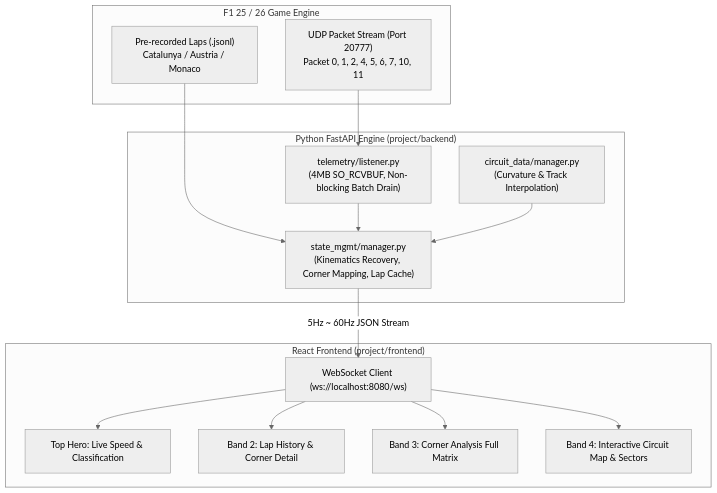
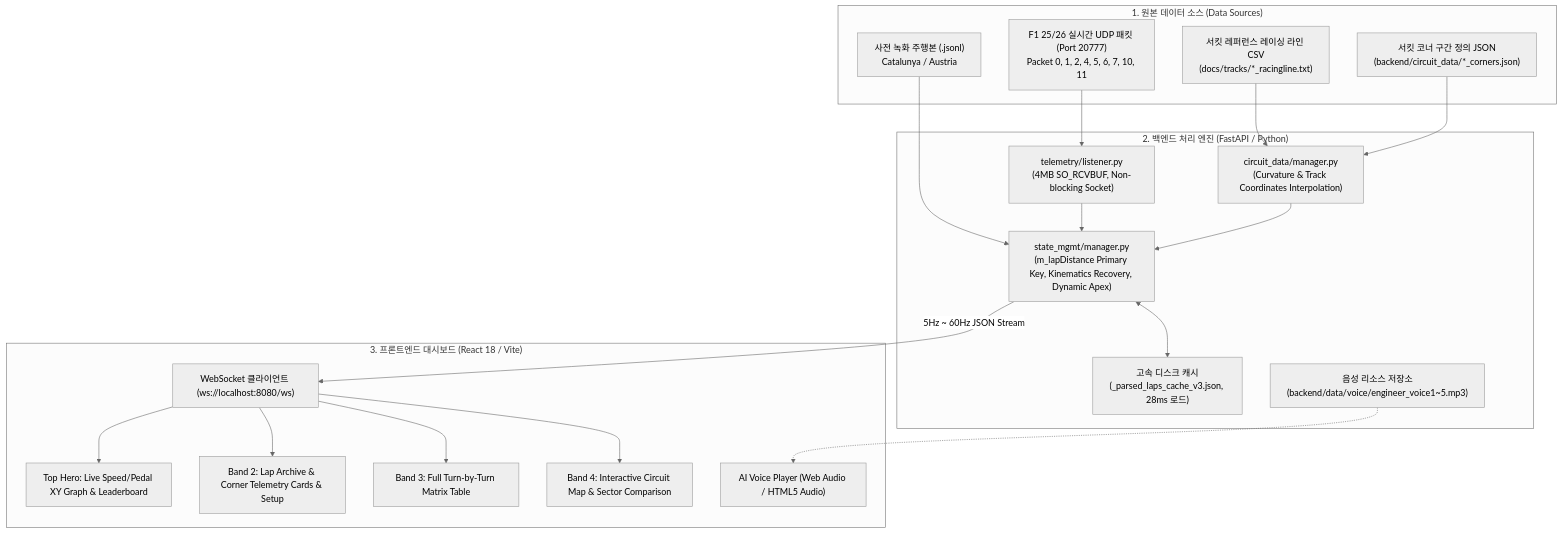
Before and after one commit to hope77-githhub/F125_Personal_RaceEngineer: the diagram in project/README.md, drawn with Mermaid (neutral theme). The commit also changed other lines of this file and 312 other files, not shown here.

````diff
--- a/project/README.md
+++ b/project/README.md
@@ -63,31 +62,40 @@
 ```mermaid
 flowchart TD
-    subgraph GameSource["F1 25 / 26 Game Engine"]
-        UDP["UDP Packet Stream (Port 20777)<br/>Packet 0, 1, 2, 4, 5, 6, 7, 10, 11"]
-        REC["Pre-recorded Laps (.jsonl)<br/>Catalunya / Austria / Monaco"]
+    subgraph DataSources["1. 원본 데이터 소스 (Data Sources)"]
+        UDP["F1 25/26 실시간 UDP 패킷 (Port 20777)<br/>Packet 0, 1, 2, 4, 5, 6, 7, 10, 11"]
+        REC["사전 녹화 주행본 (.jsonl)<br/>Catalunya / Austria"]
+        TRK["서킷 레퍼런스 레이싱 라인 CSV<br/>(docs/tracks/*_racingline.txt)"]
+        CNR["서킷 코너 구간 정의 JSON<br/>(backend/circuit_data/*_corners.json)"]
     end
 
-    subgraph Backend["Python FastAPI Engine (project/backend)"]
-        LS["telemetry/listener.py<br/>(4MB SO_RCVBUF, Non-blocking Batch Drain)"]
-        CD["circuit_data/manager.py<br/>(Curvature & Track Interpolation)"]
-        SM["state_mgmt/manager.py<br/>(Kinematics Recovery, Corner Mapping, Lap Cache)"]
+    subgraph Backend["2. 백엔드 처리 엔진 (FastAPI / Python)"]
+        LS["telemetry/listener.py<br/>(4MB SO_RCVBUF, Non-blocking Socket)"]
+        CD["circuit_data/manager.py<br/>(Curvature & Track Coordinates Interpolation)"]
+        SM["state_mgmt/manager.py<br/>(m_lapDistance Primary Key, Kinematics Recovery, Dynamic Apex)"]
+        CACHE["고속 디스크 캐시<br/>(_parsed_laps_cache_v3.json, 28ms 로드)"]
+        VOICE_DIR["음성 리소스 저장소<br/>(backend/data/voice/engineer_voice1~5.mp3)"]
     end
 
-    subgraph Frontend["React Frontend (project/frontend)"]
-        WS["WebSocket Client (ws://localhost:8080/ws)"]
-        UI1["Top Hero: Live Speed & Classification"]
-        UI2["Band 2: Lap History & Corner Detail"]
-        UI3["Band 3: Corner Analysis Full Matrix"]
-        UI4["Band 4: Interactive Circuit Map & Sectors"]
+    subgraph Frontend["3. 프론트엔드 대시보드 (React 18 / Vite)"]
+        WS["WebSocket 클라이언트 (ws://localhost:8080/ws)"]
+        UI1["Top Hero: Live Speed/Pedal XY Graph & Leaderboard"]
+        UI2["Band 2: Lap Archive & Corner Telemetry Cards & Setup"]
+        UI3["Band 3: Full Turn-by-Turn Matrix Table"]
+        UI4["Band 4: Interactive Circuit Map & Sector Comparison"]
+        AUDIO["AI Voice Player (Web Audio / HTML5 Audio)"]
     end
 
     UDP --> LS
     REC --> SM
     LS --> SM
+    TRK --> CD
+    CNR --> CD
     CD --> SM
+    SM <--> CACHE
     SM -- "5Hz ~ 60Hz JSON Stream" --> WS
     WS --> UI1
     WS --> UI2
     WS --> UI3
     WS --> UI4
+    VOICE_DIR -.-> AUDIO
 ```
````
